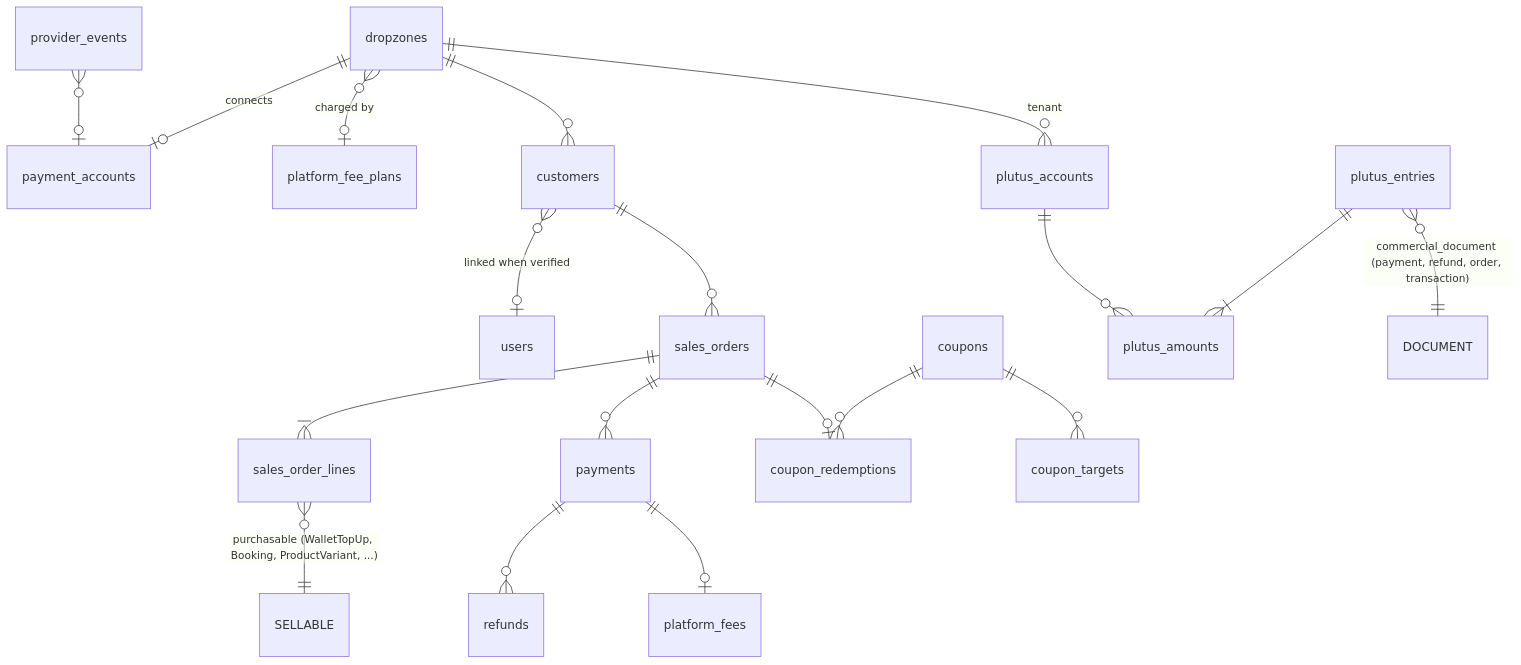
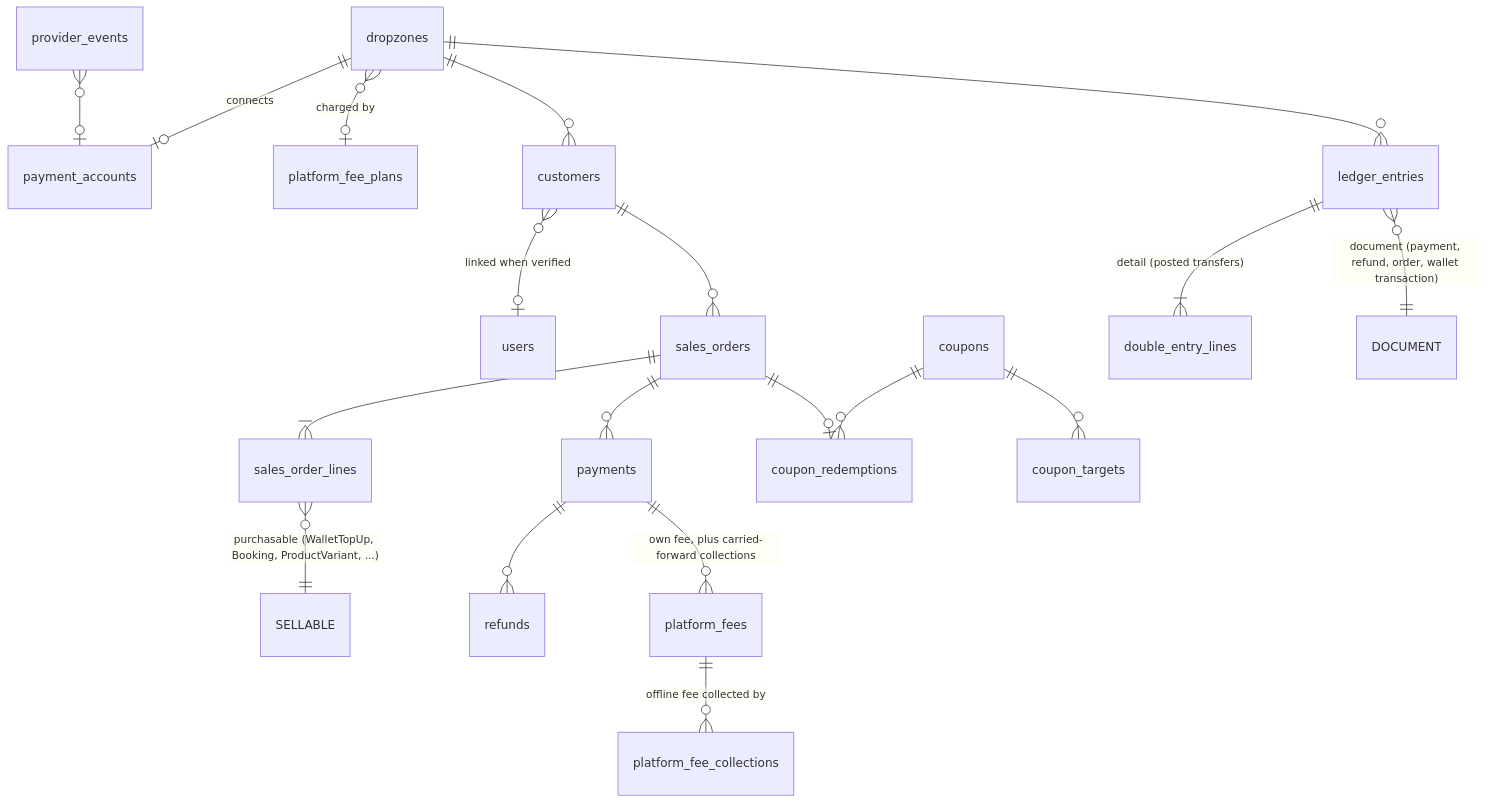
Before and after one commit to OpenManifest/openmanifest-server: the diagram in docs/features/COMMERCE_FOUNDATION.md, drawn with Mermaid. The commit also changed other lines of this file and 3 other files, not shown here.

````diff
--- a/docs/features/COMMERCE_FOUNDATION.md
+++ b/docs/features/COMMERCE_FOUNDATION.md
@@ -238,21 +279,21 @@
 ```mermaid
 erDiagram
   dropzones ||--o| payment_accounts : "connects"
   dropzones }o--o| platform_fee_plans : "charged by"
   dropzones ||--o{ customers : ""
   customers }o--o| users : "linked when verified"
   customers ||--o{ sales_orders : ""
   sales_orders ||--|{ sales_order_lines : ""
   sales_order_lines }o--|| SELLABLE : "purchasable (WalletTopUp, Booking, ProductVariant, ...)"
   sales_orders ||--o{ payments : ""
   payments ||--o{ refunds : ""
-  payments ||--o| platform_fees : ""
+  payments ||--o{ platform_fees : "own fee, plus carried-forward collections"
+  platform_fees ||--o{ platform_fee_collections : "offline fee collected by"
   sales_orders ||--o| coupon_redemptions : ""
   coupons ||--o{ coupon_redemptions : ""
   coupons ||--o{ coupon_targets : ""
-  dropzones ||--o{ plutus_accounts : "tenant"
-  plutus_entries ||--|{ plutus_amounts : ""
-  plutus_accounts ||--o{ plutus_amounts : ""
-  plutus_entries }o--|| DOCUMENT : "commercial_document (payment, refund, order, transaction)"
+  dropzones ||--o{ ledger_entries : ""
+  ledger_entries ||--|{ double_entry_lines : "detail (posted transfers)"
+  ledger_entries }o--|| DOCUMENT : "document (payment, refund, order, wallet transaction)"
   provider_events }o--o| payment_accounts : ""
 ```
````
